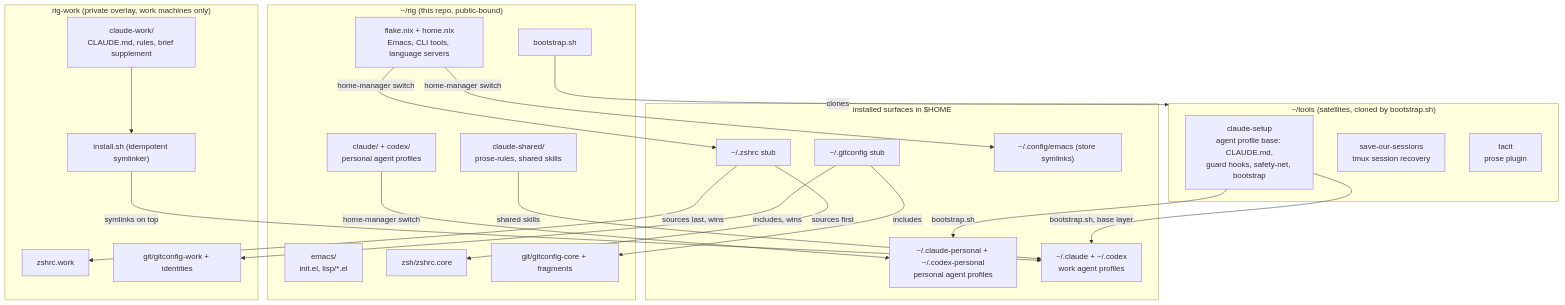
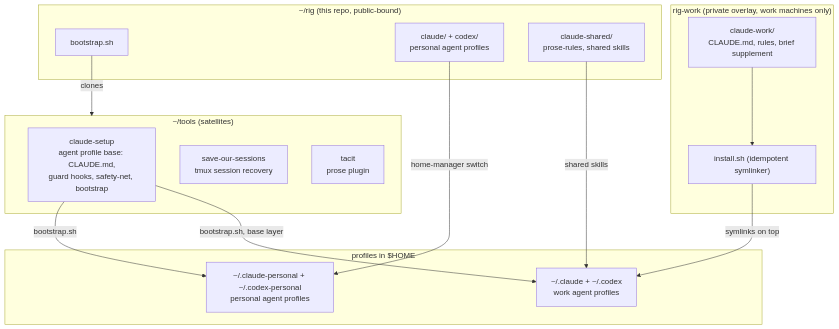
One commit to dabd/dotfiles changed the second of 2 diagrams in docs/ARCHITECTURE.md. Above: the diagram before and after it, drawn with Mermaid. The commit also changed other lines of this file, not shown here.

Commit message:
docs: split architecture diagram into two downward-flowing views

````diff
--- a/docs/ARCHITECTURE.md
+++ b/docs/ARCHITECTURE.md
@@ -8,47 +41,32 @@
 ```mermaid
 flowchart TB
-    subgraph core["~/rig (this repo, public-bound)"]
-        flake["flake.nix + home.nix<br/>Emacs, CLI tools, language servers"]
-        emacs["emacs/<br/>init.el, lisp/*.el"]
-        zshcore["zsh/zshrc.core"]
-        gitcore["git/gitconfig-core + fragments"]
+    subgraph core2["~/rig (this repo, public-bound)"]
+        bootstrap["bootstrap.sh"]
+        codexdir["claude/ + codex/<br/>personal agent profiles"]
         claudeshared["claude-shared/<br/>prose-rules, shared skills"]
-        codexdir["claude/ + codex/<br/>personal agent profiles"]
-        bootstrap["bootstrap.sh"]
     end
 
-    subgraph tools["~/tools (satellites, cloned by bootstrap.sh)"]
+    subgraph tools["~/tools (satellites)"]
         csetup["claude-setup<br/>agent profile base: CLAUDE.md,<br/>guard hooks, safety-net, bootstrap"]
         sos["save-our-sessions<br/>tmux session recovery"]
         tacit["tacit<br/>prose plugin"]
     end
 
-    subgraph overlay["rig-work (private overlay, work machines only)"]
-        zshwork["zshrc.work"]
-        gitwork["git/gitconfig-work + identities"]
+    subgraph overlay2["rig-work (private overlay, work machines only)"]
         claudework["claude-work/<br/>CLAUDE.md, rules, brief supplement"]
         installsh["install.sh (idempotent symlinker)"]
     end
 
-    subgraph home["installed surfaces in $HOME"]
-        zshrc["~/.zshrc stub"]
-        gitconfig["~/.gitconfig stub"]
-        cfgemacs["~/.config/emacs (store symlinks)"]
+    subgraph home2["profiles in $HOME"]
         personalprofile["~/.claude-personal + ~/.codex-personal<br/>personal agent profiles"]
         workprofile["~/.claude + ~/.codex<br/>work agent profiles"]
     end
 
     bootstrap -->|clones| tools
-    flake -->|home-manager switch| cfgemacs
-    flake -->|home-manager switch| zshrc
-    zshrc -->|sources first| zshcore
-    zshrc -->|sources last, wins| zshwork
-    gitconfig -->|includes| gitcore
-    gitconfig -->|includes, wins| gitwork
     codexdir -->|home-manager switch| personalprofile
     csetup -->|bootstrap.sh| personalprofile
     csetup -->|bootstrap.sh, base layer| workprofile
+    claudework --> installsh
     installsh -->|symlinks on top| workprofile
-    claudework --> installsh
     claudeshared -->|shared skills| workprofile
 ```
````
